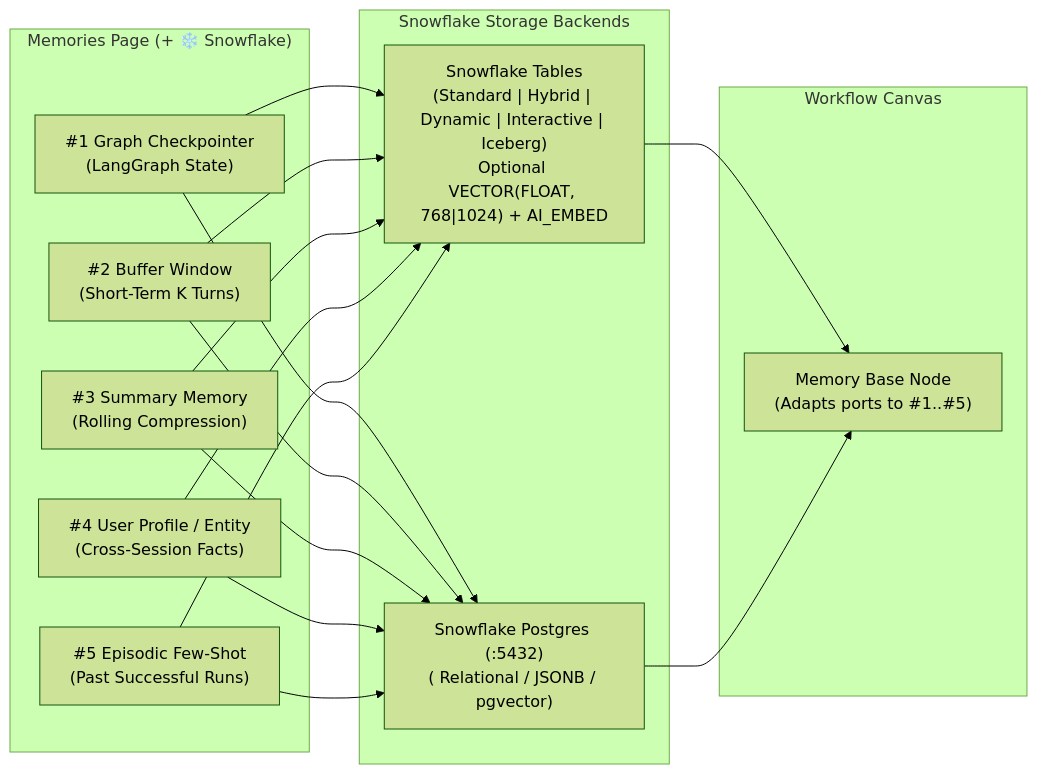
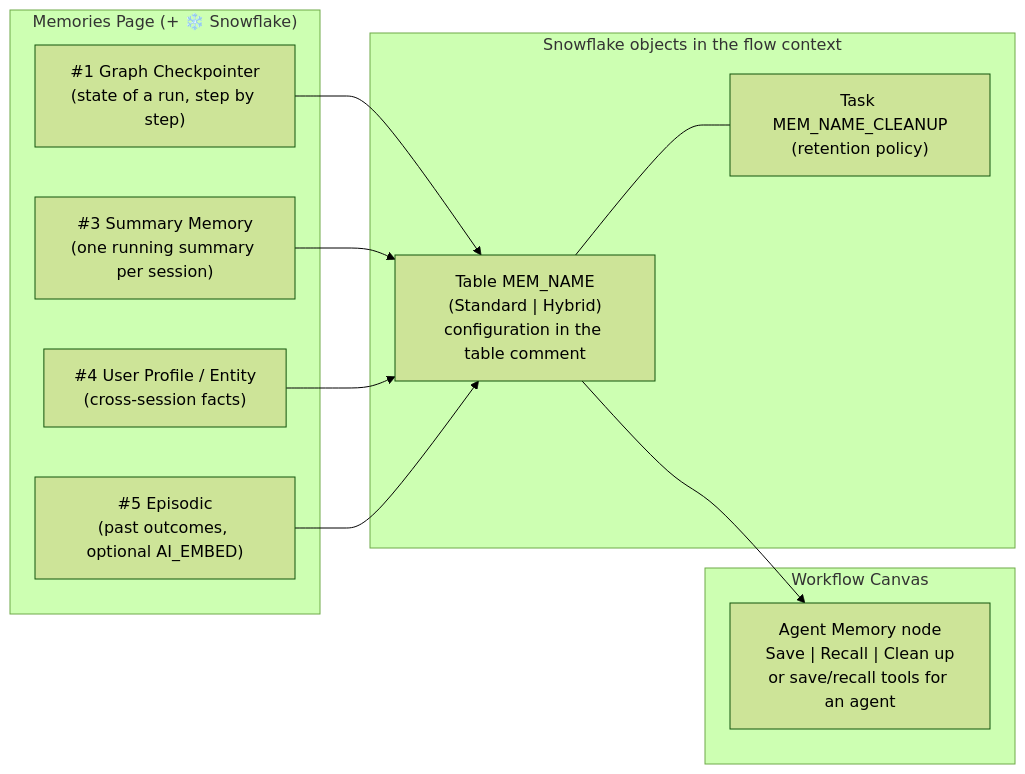
One commit to fbattaglieri-snowflake/Native-Snowflake-Langflow changed the fifth of 5 diagrams in README.md. Above: the diagram before and after it, drawn with Mermaid (forest theme). The commit also changed other lines of this file and 1 other file, not shown here.

Commit message:
Document typed memories, the Agent Memory node and stage creation outcomes

````diff
--- a/README.md
+++ b/README.md
@@ -232,21 +232,21 @@
 ```mermaid
 flowchart LR
     subgraph Wizard["Memories Page (+ ❄️ Snowflake)"]
-        M1["#1 Graph Checkpointer<br/>(LangGraph State)"]
-        M2["#2 Buffer Window<br/>(Short-Term K Turns)"]
-        M3["#3 Summary Memory<br/>(Rolling Compression)"]
-        M4["#4 User Profile / Entity<br/>(Cross-Session Facts)"]
-        M5["#5 Episodic Few-Shot<br/>(Past Successful Runs)"]
+        M1["#1 Graph Checkpointer<br/>(state of a run, step by step)"]
+        M3["#3 Summary Memory<br/>(one running summary per session)"]
+        M4["#4 User Profile / Entity<br/>(cross-session facts)"]
+        M5["#5 Episodic<br/>(past outcomes, optional AI_EMBED)"]
     end
 
-    subgraph Storage["Snowflake Storage Backends"]
-        SFTable["Snowflake Tables<br/>(Standard | Hybrid | Dynamic | Interactive | Iceberg)<br/>Optional VECTOR(FLOAT, 768|1024) + AI_EMBED"]
-        PG["Snowflake Postgres (:5432)<br/>(<POSTGRES_INSTANCE> Relational / JSONB / pgvector)"]
+    subgraph Storage["Snowflake objects in the flow context"]
+        SFTable["Table MEM_NAME<br/>(Standard | Hybrid)<br/>configuration in the table comment"]
+        Task["Task MEM_NAME_CLEANUP<br/>(retention policy)"]
     end
 
     subgraph Canvas["Workflow Canvas"]
-        MB["Memory Base Node<br/>(Adapts ports to #1..#5)"]
+        AM["Agent Memory node<br/>Save | Recall | Clean up<br/>or save/recall tools for an agent"]
     end
 
-    M1 & M2 & M3 & M4 & M5 --> SFTable & PG --> MB
+    M1 & M3 & M4 & M5 --> SFTable --> AM
+    SFTable --- Task
 ```
````
